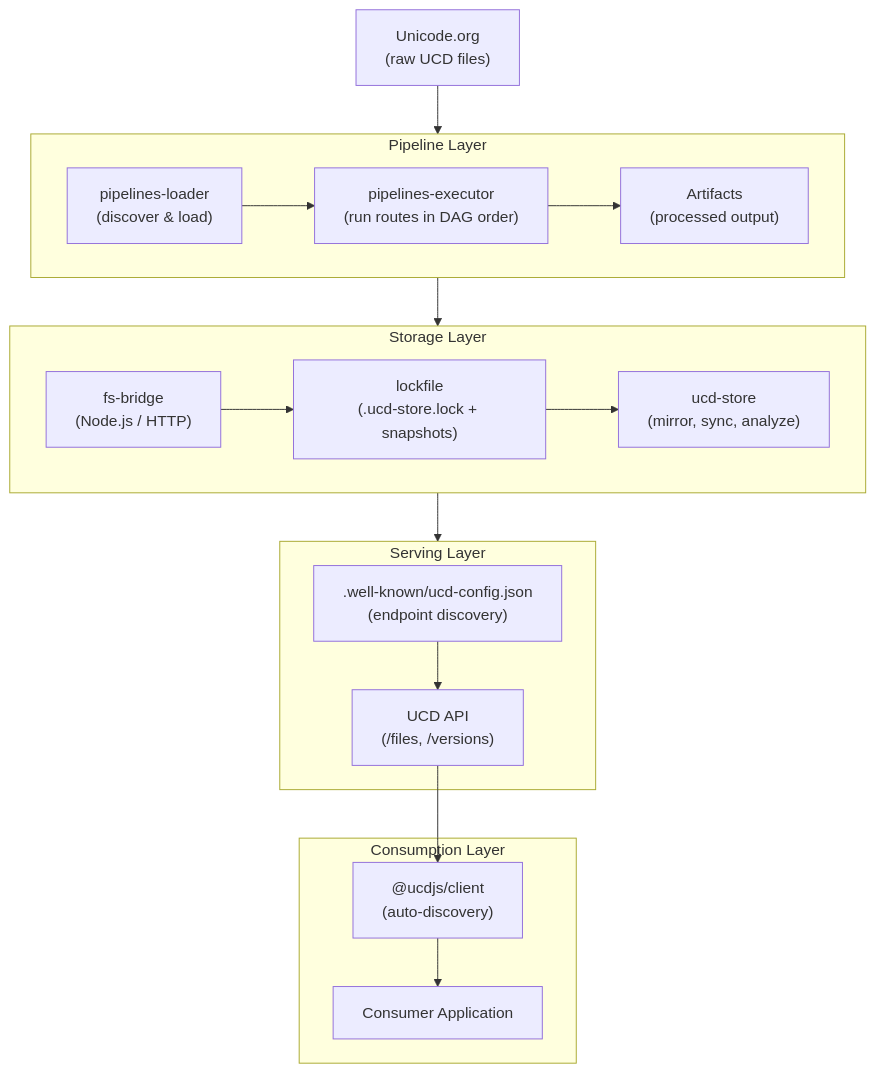
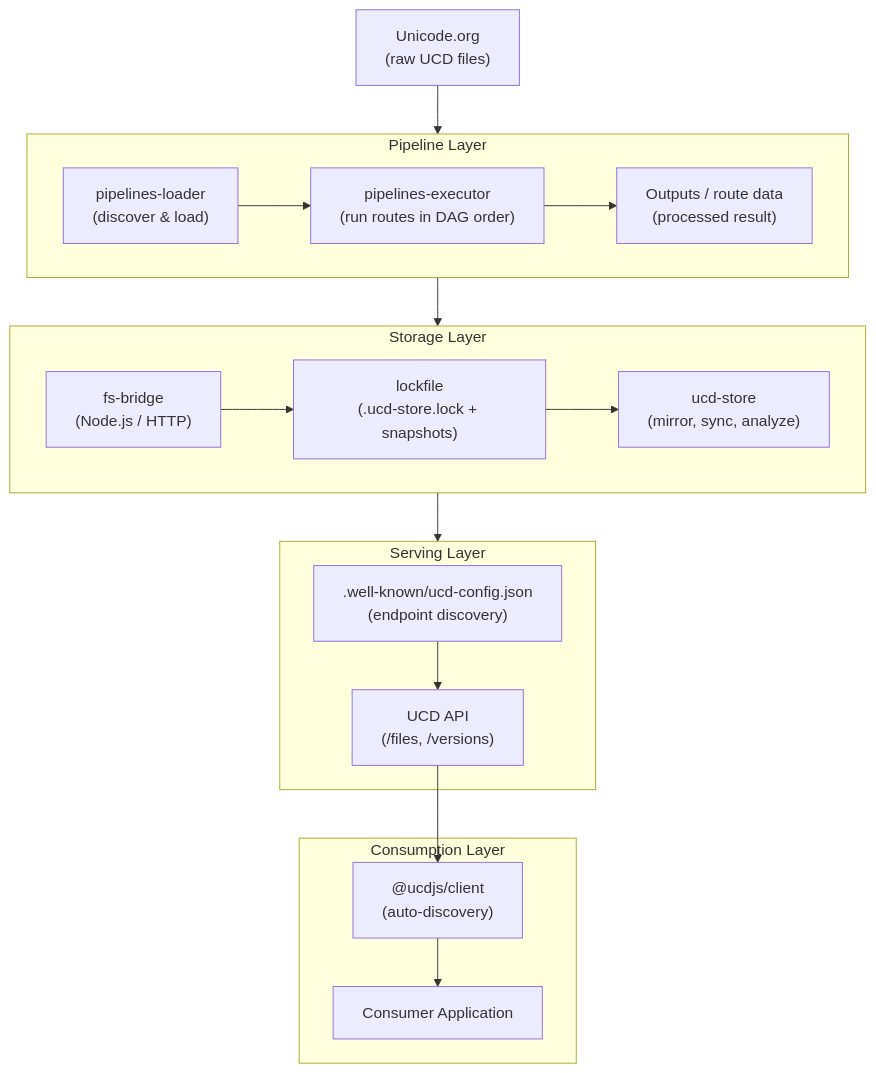
Before and after one commit to ucdjs/ucd: the first of 3 diagrams in apps/docs/content/architecture/data-flow.mdx, drawn with Mermaid. The commit also changed other lines of this file and 19 other files, not shown here.

````diff
--- a/apps/docs/content/architecture/data-flow.mdx
+++ b/apps/docs/content/architecture/data-flow.mdx
@@ -12,35 +12,35 @@
 ```mermaid
 flowchart TD
   U["Unicode.org\n(raw UCD files)"]
 
   subgraph Pipelines["Pipeline Layer"]
     PS["pipelines-loader\n(discover & load)"]
     PE["pipelines-executor\n(run routes in DAG order)"]
-    PA["Artifacts\n(processed output)"]
+    PA["Outputs / route data\n(processed result)"]
     PS --> PE --> PA
   end
 
   subgraph Storage["Storage Layer"]
     FB["fs-bridge\n(Node.js / HTTP)"]
     LF["lockfile\n(.ucd-store.lock + snapshots)"]
     ST["ucd-store\n(mirror, sync, analyze)"]
     FB --> LF --> ST
   end
 
   subgraph Serving["Serving Layer"]
     WK[".well-known/ucd-config.json\n(endpoint discovery)"]
     API["UCD API\n(/files, /versions)"]
     WK --> API
   end
 
   subgraph Consumption["Consumption Layer"]
     CL["@ucdjs/client\n(auto-discovery)"]
     APP["Consumer Application"]
     CL --> APP
   end
 
   U --> Pipelines
   Pipelines --> Storage
   Storage --> Serving
   API --> CL
 ```
````
